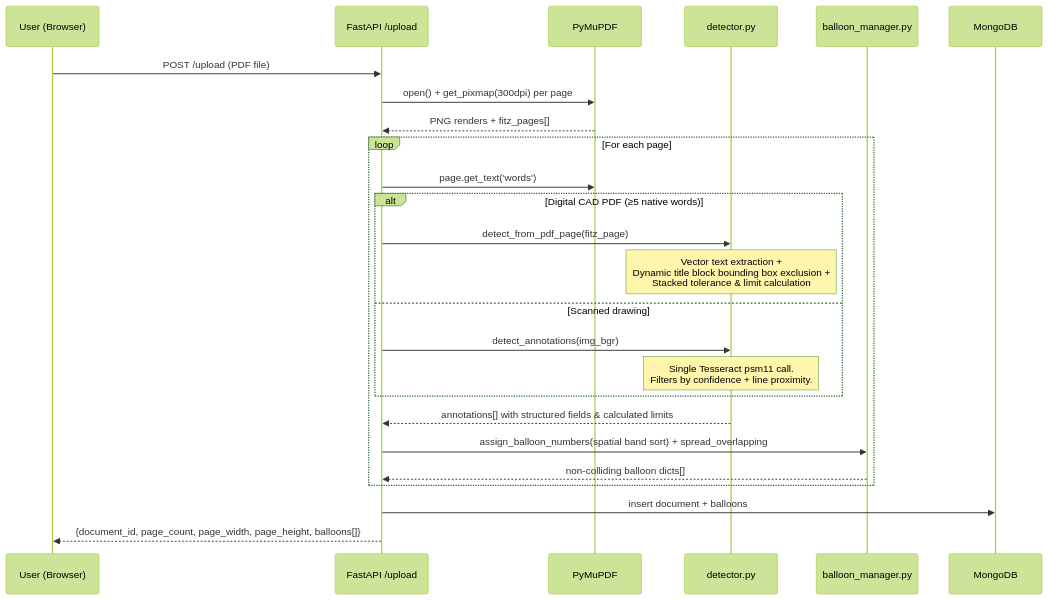
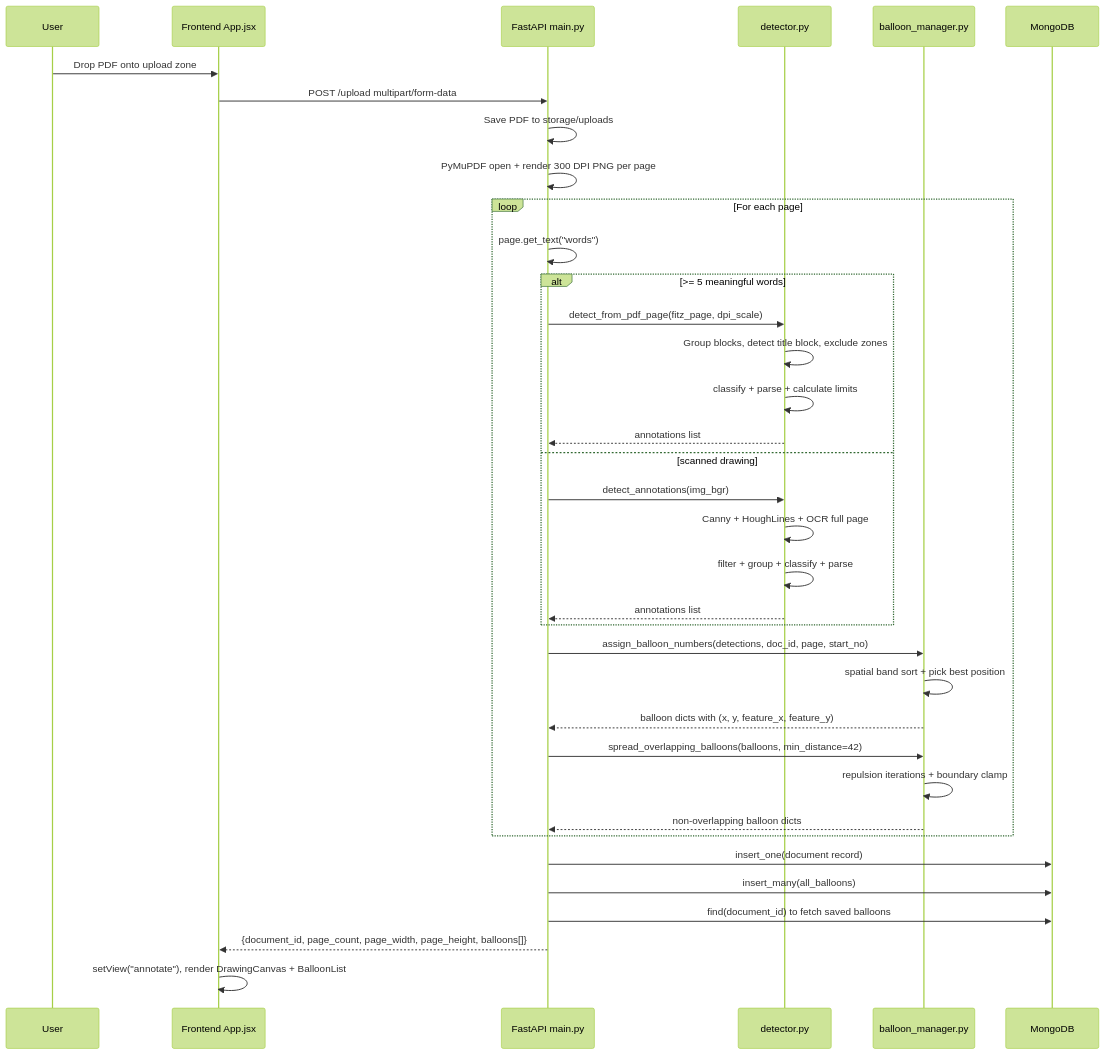
Before and after one commit to vidhan13i/CADLens: the third of 4 diagrams in README.md, drawn with Mermaid (forest theme). The commit also changed other lines of this file and 3 other files, not shown here.

````diff
--- a/README.md
+++ b/README.md
@@ -83,30 +124,41 @@
 ```mermaid
 sequenceDiagram
-    participant U as User (Browser)
-    participant F as FastAPI /upload
-    participant MU as PyMuPDF
-    participant D as detector.py
+    participant U as User
+    participant FE as Frontend App.jsx
+    participant API as FastAPI main.py
+    participant Det as detector.py
     participant BM as balloon_manager.py
-    participant MG as MongoDB
+    participant DB as MongoDB
 
-    U->>F: POST /upload (PDF file)
-    F->>MU: open() + get_pixmap(300dpi) per page
-    MU-->>F: PNG renders + fitz_pages[]
+    U->>FE: Drop PDF onto upload zone
+    FE->>API: POST /upload multipart/form-data
+    API->>API: Save PDF to storage/uploads
+    API->>API: PyMuPDF open + render 300 DPI PNG per page
 
     loop For each page
-        F->>MU: page.get_text('words')
-        alt Digital CAD PDF (≥5 native words)
-            F->>D: detect_from_pdf_page(fitz_page)
-            Note over D: Vector text extraction +<br/>Dynamic title block bounding box exclusion +<br/>Stacked tolerance & limit calculation
-        else Scanned drawing
-            F->>D: detect_annotations(img_bgr)
-            Note over D: Single Tesseract psm11 call.<br/>Filters by confidence + line proximity.
+        API->>API: page.get_text("words")
+        alt >= 5 meaningful words
+            API->>Det: detect_from_pdf_page(fitz_page, dpi_scale)
+            Det->>Det: Group blocks, detect title block, exclude zones
+            Det->>Det: classify + parse + calculate limits
+            Det-->>API: annotations list
+        else scanned drawing
+            API->>Det: detect_annotations(img_bgr)
+            Det->>Det: Canny + HoughLines + OCR full page
+            Det->>Det: filter + group + classify + parse
+            Det-->>API: annotations list
         end
-        D-->>F: annotations[] with structured fields & calculated limits
-        F->>BM: assign_balloon_numbers(spatial band sort) + spread_overlapping
-        BM-->>F: non-colliding balloon dicts[]
+        API->>BM: assign_balloon_numbers(detections, doc_id, page, start_no)
+        BM->>BM: spatial band sort + pick best position
+        BM-->>API: balloon dicts with (x, y, feature_x, feature_y)
+        API->>BM: spread_overlapping_balloons(balloons, min_distance=42)
+        BM->>BM: repulsion iterations + boundary clamp
+        BM-->>API: non-overlapping balloon dicts
     end
 
-    F->>MG: insert document + balloons
-    F-->>U: {document_id, page_count, page_width, page_height, balloons[]}
+    API->>DB: insert_one(document record)
+    API->>DB: insert_many(all_balloons)
+    API->>DB: find(document_id) to fetch saved balloons
+    API-->>FE: {document_id, page_count, page_width, page_height, balloons[]}
+    FE->>FE: setView("annotate"), render DrawingCanvas + BalloonList
 ```
````
